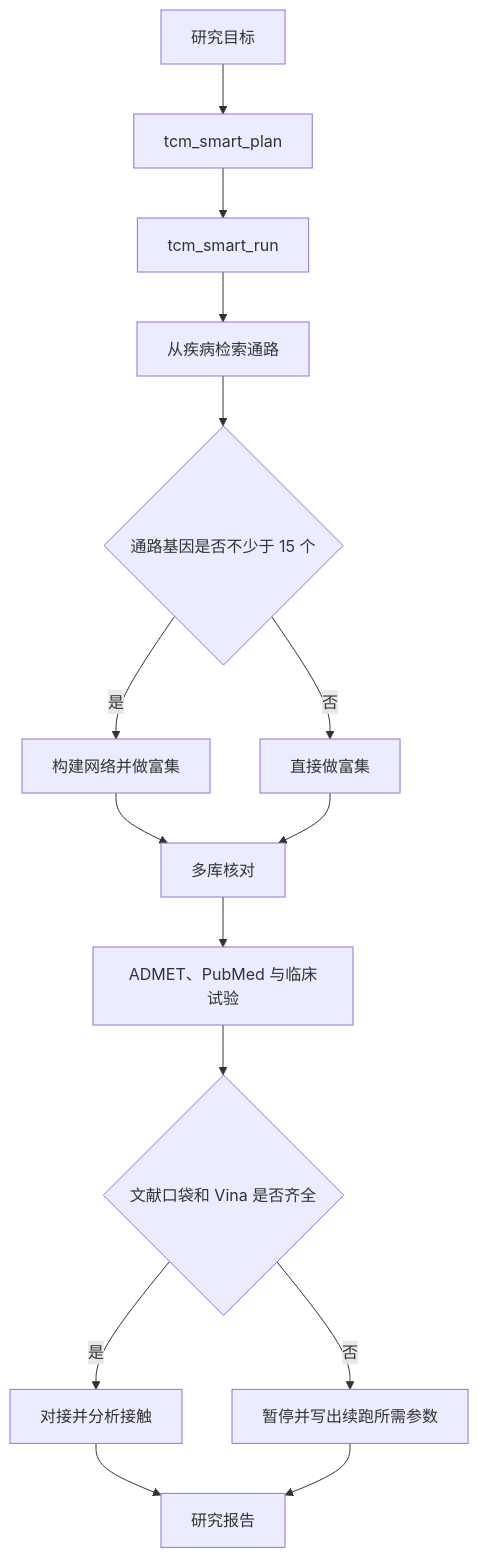
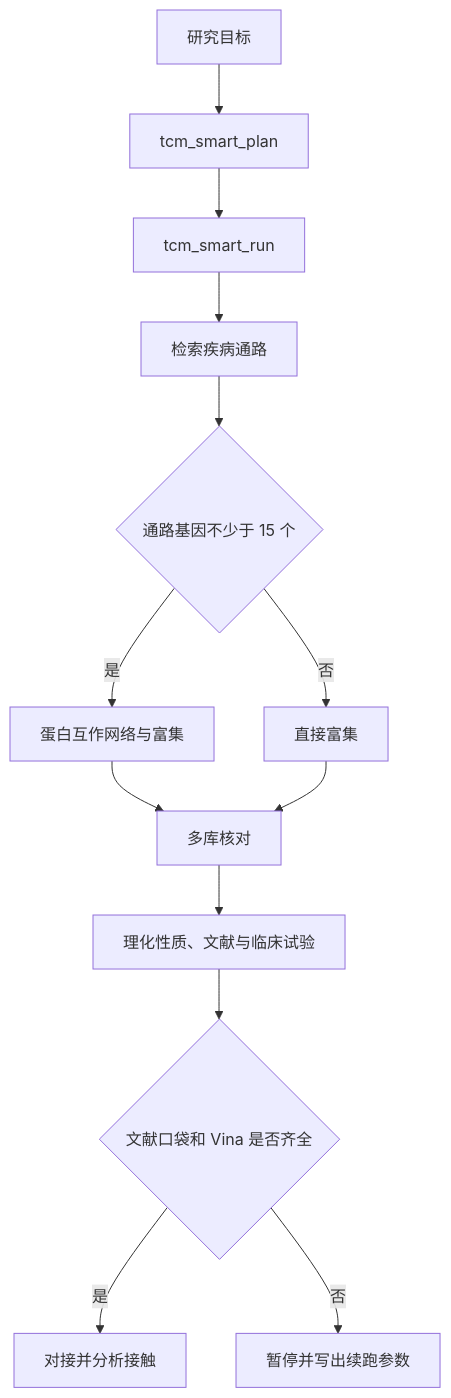
One commit to S0mbraD/OpenTCM_Discovery changed the diagram in README.md. Above: the diagram before and after it, drawn with Mermaid. The commit also changed other lines of this file and 3 other files, not shown here.

````diff
--- a/README.md
+++ b/README.md
@@ -113,17 +119,15 @@
 ```mermaid
 flowchart TD
   goal[研究目标] --> plan[tcm_smart_plan]
   plan --> run[tcm_smart_run]
-  run --> m1[从疾病检索通路]
-  m1 --> d1{通路基因是否不少于 15 个}
-  d1 -->|是| net[构建网络并做富集]
-  d1 -->|否| enr[直接做富集]
-  net --> ev[多库核对]
-  enr --> ev
-  ev --> ext[ADMET、PubMed 与临床试验]
-  ext --> pocket{文献口袋和 Vina 是否齐全}
-  pocket -->|否| pause[暂停并写出续跑所需参数]
+  run --> pathways[检索疾病通路]
+  pathways --> enough{通路基因不少于 15 个}
+  enough -->|是| network[蛋白互作网络与富集]
+  enough -->|否| enrich[直接富集]
+  network --> cross[多库核对]
+  enrich --> cross
+  cross --> more[理化性质、文献与临床试验]
+  more --> pocket{文献口袋和 Vina 是否齐全}
   pocket -->|是| dock[对接并分析接触]
-  dock --> report[研究报告]
-  pause --> report
+  pocket -->|否| pause[暂停并写出续跑参数]
 ```
````
